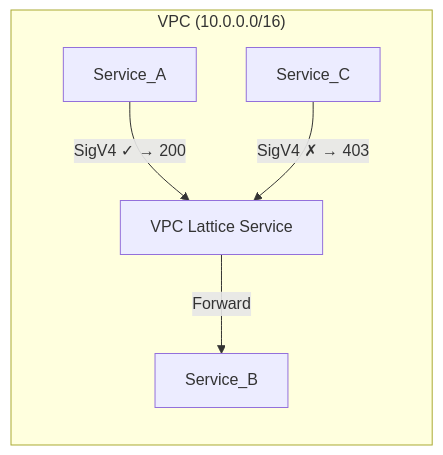
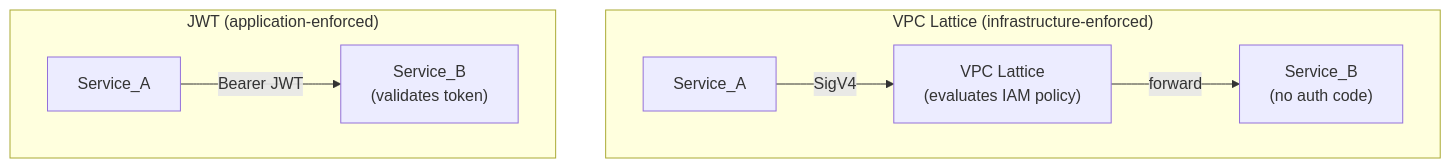
Before and after one commit to jmcmillan1873/aws_vpc_lattice_tutorial: the diagram in README.md, drawn with Mermaid. The commit also changed other lines of this file and 51 other files, not shown here.

````diff
--- a/README.md
+++ b/README.md
@@ -22,8 +30,11 @@
 ```mermaid
-graph LR
-    subgraph VPC["VPC (10.0.0.0/16)"]
-        A["Service_A"] -->|"SigV4 ✓ → 200"| Lattice["VPC Lattice Service"]
-        C["Service_C"] -->|"SigV4 ✗ → 403"| Lattice
-        Lattice -->|"Forward"| B["Service_B"]
+graph TB
+    subgraph lattice["VPC Lattice (infrastructure-enforced)"]
+        direction LR
+        LA["Service_A"] -->|"SigV4"| LL["VPC Lattice<br/>(evaluates IAM policy)"] -->|"forward"| LB["Service_B<br/>(no auth code)"]
+    end
+    subgraph jwt["JWT (application-enforced)"]
+        direction LR
+        JA["Service_A"] -->|"Bearer JWT"| JB["Service_B<br/>(validates token)"]
     end
 ```
````
